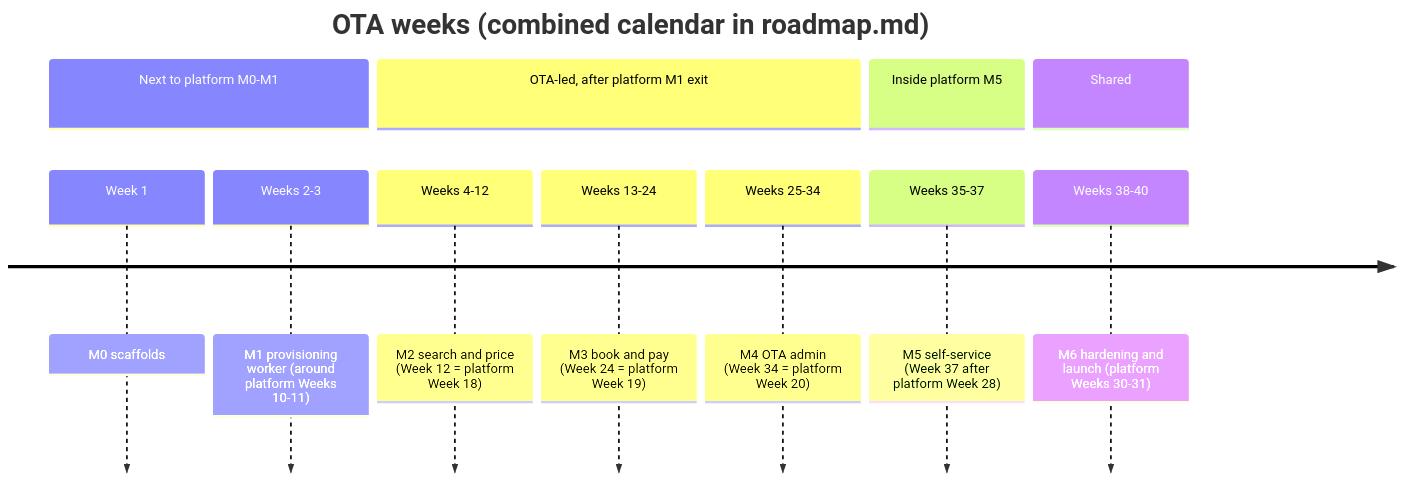
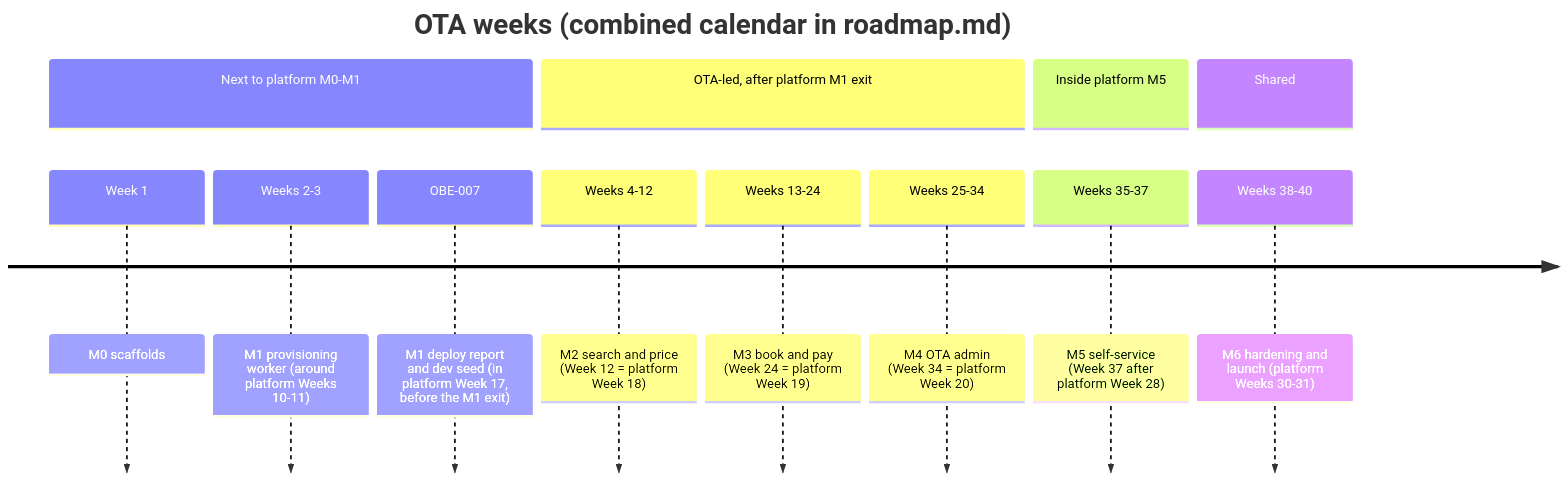
Before and after one commit to bhagwati-prasad/velexis-ota: the diagram in ota/docs/plans/solo-developer-plan.md, drawn with Mermaid. The commit also changed other lines of this file and 24 other files, not shown here.

````diff
--- a/ota/docs/plans/solo-developer-plan.md
+++ b/ota/docs/plans/solo-developer-plan.md
@@ -66,15 +67,16 @@
 ```mermaid
 timeline
   title OTA weeks (combined calendar in roadmap.md)
   section Next to platform M0-M1
     Week 1 : M0 scaffolds
     Weeks 2-3 : M1 provisioning worker (around platform Weeks 10-11)
+    OBE-007 : M1 deploy report and dev seed (in platform Week 17, before the M1 exit)
   section OTA-led, after platform M1 exit
     Weeks 4-12 : M2 search and price (Week 12 = platform Week 18)
     Weeks 13-24 : M3 book and pay (Week 24 = platform Week 19)
     Weeks 25-34 : M4 OTA admin (Week 34 = platform Week 20)
   section Inside platform M5
     Weeks 35-37 : M5 self-service (Week 37 after platform Week 28)
   section Shared
     Weeks 38-40 : M6 hardening and launch (platform Weeks 30-31)
 ```
````
